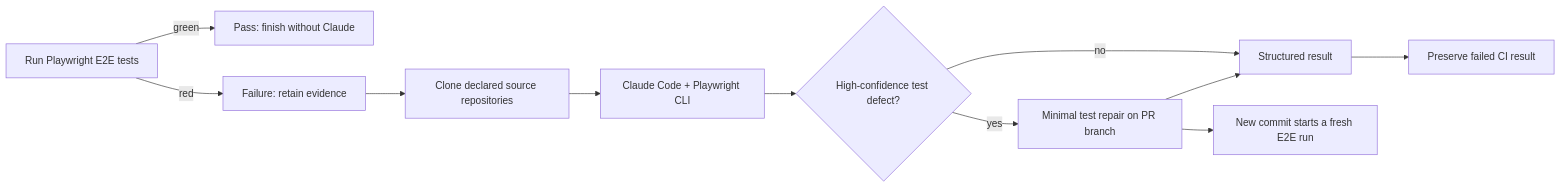
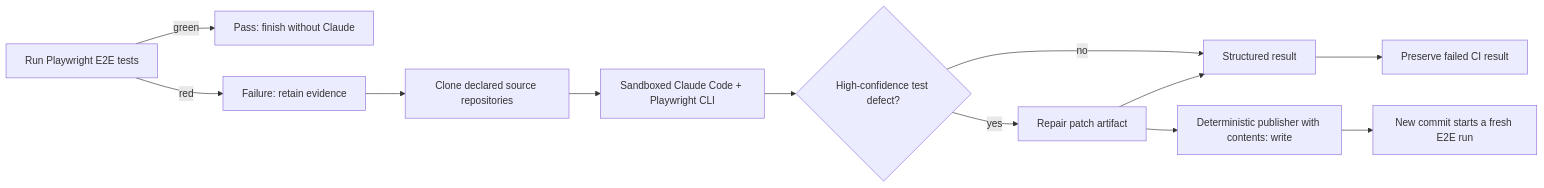
One commit to slawekradzyminski/self-healing-tests-demo changed the diagram in README.md. Above: the diagram before and after it, drawn with Mermaid. The commit also changed other lines of this file and 25 other files, not shown here.

Commit message:
Isolate unrestricted Claude repair from PR publishing

````diff
--- a/README.md
+++ b/README.md
@@ -54,24 +55,26 @@
 ```mermaid
 flowchart LR
     E2E["Run Playwright E2E tests"]
     Pass["Pass: finish without Claude"]
     Evidence["Failure: retain evidence"]
     Sources["Clone declared source repositories"]
-    Claude["Claude Code + Playwright CLI"]
+    Claude["Sandboxed Claude Code + Playwright CLI"]
     Gate{"High-confidence test defect?"}
-    Repair["Minimal test repair on PR branch"]
+    Patch["Repair patch artifact"]
+    Publisher["Deterministic publisher with contents: write"]
     Result["Structured result"]
     Red["Preserve failed CI result"]
     Verify["New commit starts a fresh E2E run"]
 
     E2E -->|green| Pass
     E2E -->|red| Evidence
     Evidence --> Sources
     Sources --> Claude
     Claude --> Gate
     Gate -->|no| Result
-    Gate -->|yes| Repair
-    Repair --> Result
-    Repair --> Verify
+    Gate -->|yes| Patch
+    Patch --> Publisher
+    Publisher --> Verify
+    Patch --> Result
     Result --> Red
 ```
````
